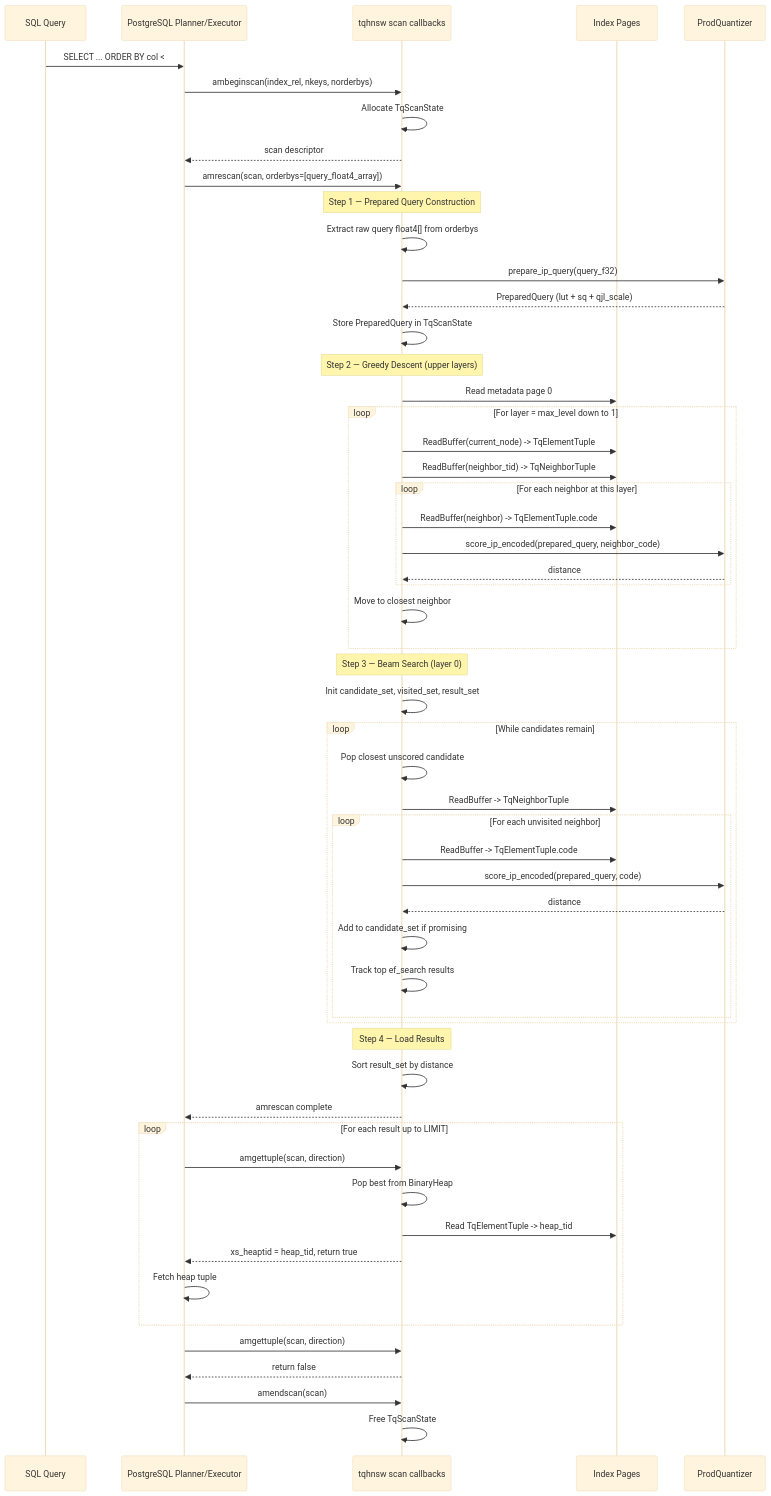
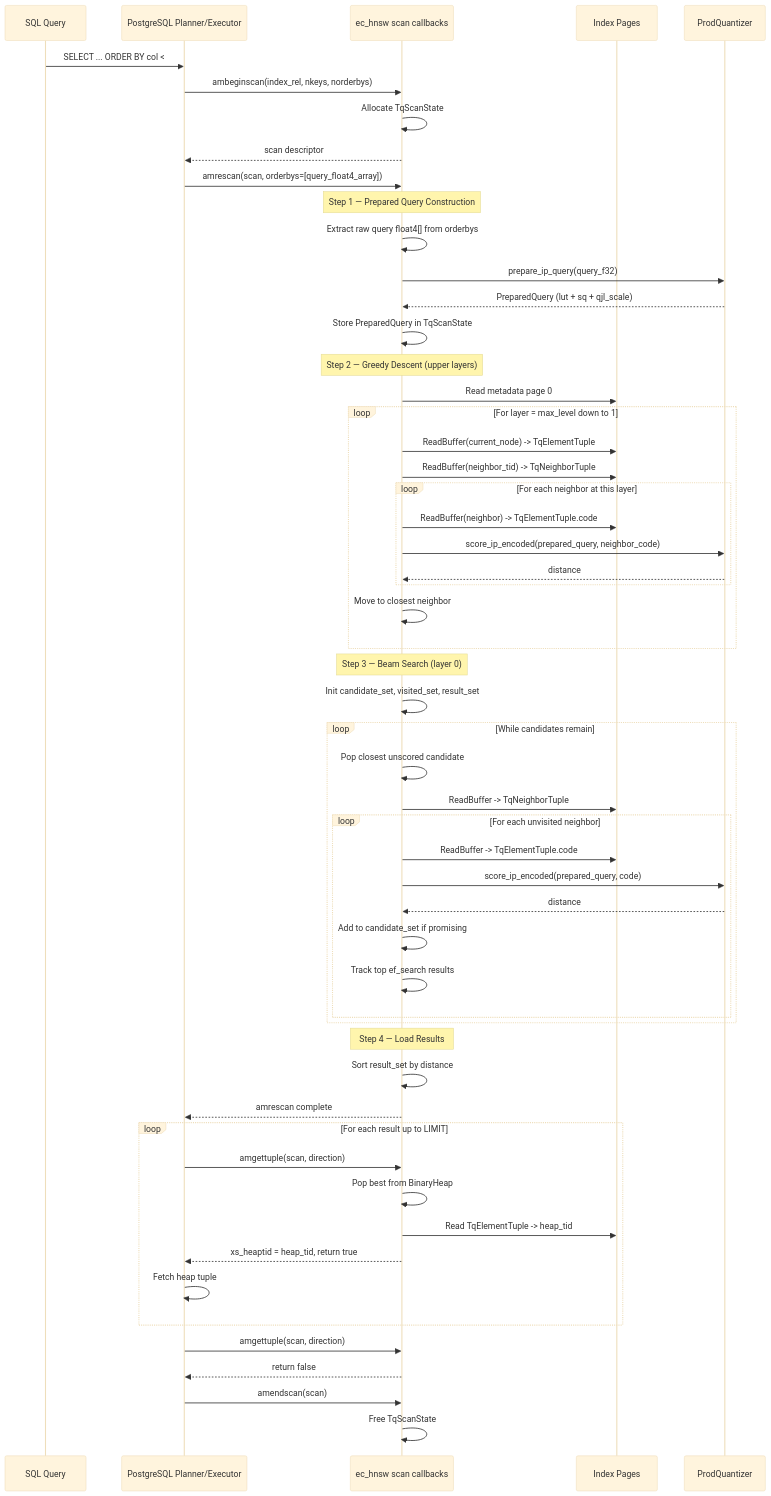
One commit to agent-ix/ecaz changed the diagram in spec/functional/FR-009-hnsw-scan.md. Above: the diagram before and after it, drawn with Mermaid (base theme). The commit also changed other lines of this file and 107 other files, not shown here.

````diff
--- a/spec/functional/FR-009-hnsw-scan.md
+++ b/spec/functional/FR-009-hnsw-scan.md
@@ -51,68 +51,68 @@
 ```mermaid
 sequenceDiagram
     participant Client as SQL Query
     participant PG as PostgreSQL Planner/Executor
-    participant Scan as tqhnsw scan callbacks
+    participant Scan as ec_hnsw scan callbacks
     participant Pages as Index Pages
     participant Quant as ProdQuantizer
 
     Client->>PG: SELECT ... ORDER BY col <#> $query LIMIT 10
     PG->>Scan: ambeginscan(index_rel, nkeys, norderbys)
     Scan->>Scan: Allocate TqScanState
     Scan-->>PG: scan descriptor
 
     PG->>Scan: amrescan(scan, orderbys=[query_float4_array])
 
     Note over Scan: Step 1 — Prepared Query Construction
     Scan->>Scan: Extract raw query float4[] from orderbys
     Scan->>Quant: prepare_ip_query(query_f32)
     Quant-->>Scan: PreparedQuery (lut + sq + qjl_scale)
     Scan->>Scan: Store PreparedQuery in TqScanState
 
     Note over Scan: Step 2 — Greedy Descent (upper layers)
     Scan->>Pages: Read metadata page 0
 
     loop For layer = max_level down to 1
         Scan->>Pages: ReadBuffer(current_node) -> TqElementTuple
         Scan->>Pages: ReadBuffer(neighbor_tid) -> TqNeighborTuple
         loop For each neighbor at this layer
             Scan->>Pages: ReadBuffer(neighbor) -> TqElementTuple.code
             Scan->>Quant: score_ip_encoded(prepared_query, neighbor_code)
             Quant-->>Scan: distance
         end
         Scan->>Scan: Move to closest neighbor
     end
 
     Note over Scan: Step 3 — Beam Search (layer 0)
     Scan->>Scan: Init candidate_set, visited_set, result_set
 
     loop While candidates remain
         Scan->>Scan: Pop closest unscored candidate
         Scan->>Pages: ReadBuffer -> TqNeighborTuple
         loop For each unvisited neighbor
             Scan->>Pages: ReadBuffer -> TqElementTuple.code
             Scan->>Quant: score_ip_encoded(prepared_query, code)
             Quant-->>Scan: distance
             Scan->>Scan: Add to candidate_set if promising
             Scan->>Scan: Track top ef_search results
         end
     end
 
     Note over Scan: Step 4 — Load Results
     Scan->>Scan: Sort result_set by distance
     Scan-->>PG: amrescan complete
 
     loop For each result up to LIMIT
         PG->>Scan: amgettuple(scan, direction)
         Scan->>Scan: Pop best from BinaryHeap
         Scan->>Pages: Read TqElementTuple -> heap_tid
         Scan-->>PG: xs_heaptid = heap_tid, return true
         PG->>PG: Fetch heap tuple
     end
 
     PG->>Scan: amgettuple(scan, direction)
     Scan-->>PG: return false
 
     PG->>Scan: amendscan(scan)
     Scan->>Scan: Free TqScanState
 ```
````
